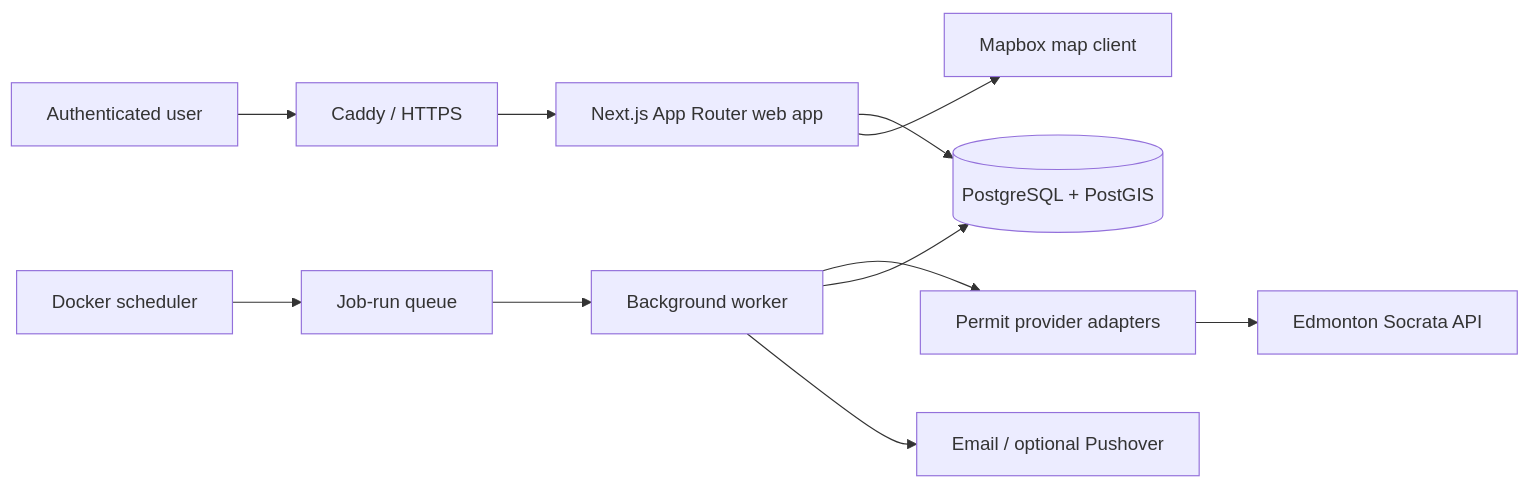
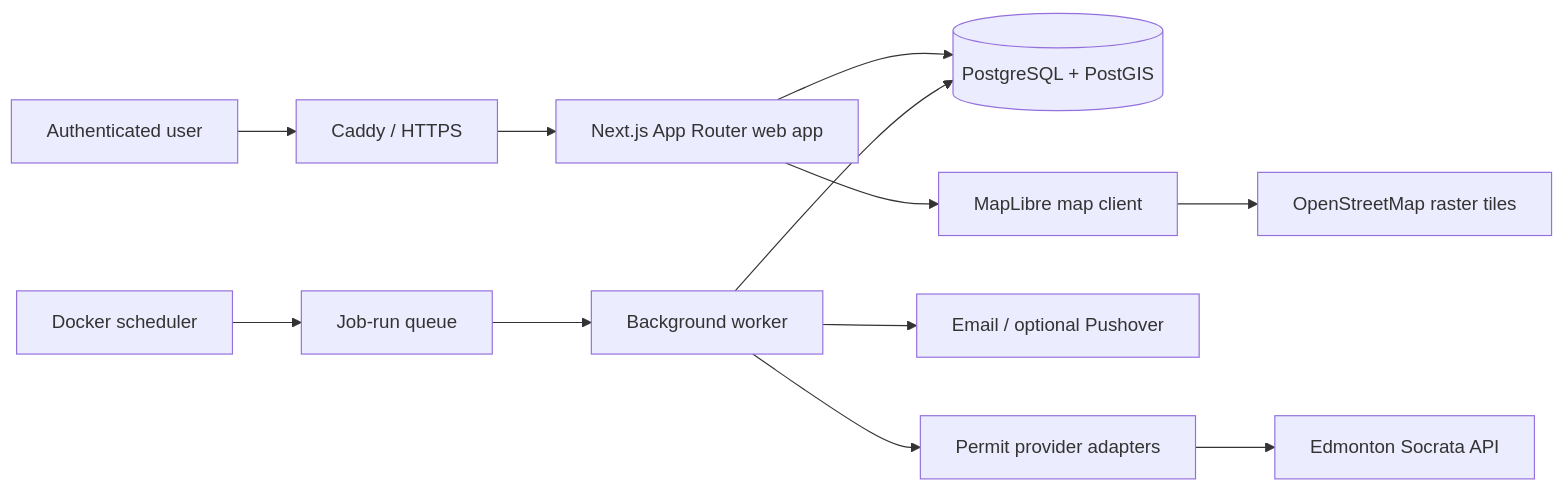
The diagram in README.md (jdtoppin/edmonton-infill-tracker), drawn with Mermaid before and after one commit. The commit also changed other lines of this file and 19 other files, not shown here.

````diff
--- a/README.md
+++ b/README.md
@@ -59,13 +59,14 @@
 ```mermaid
 flowchart LR
   U["Authenticated user"] --> C["Caddy / HTTPS"]
   C --> W["Next.js App Router web app"]
   W --> P[("PostgreSQL + PostGIS")]
   S["Docker scheduler"] --> J["Job-run queue"]
   J --> K["Background worker"]
   K --> A["Permit provider adapters"]
   A --> E["Edmonton Socrata API"]
   K --> P
   K --> N["Email / optional Pushover"]
-  W --> M["Mapbox map client"]
+  W --> M["MapLibre map client"]
+  M --> O["OpenStreetMap raster tiles"]
 ```
````
